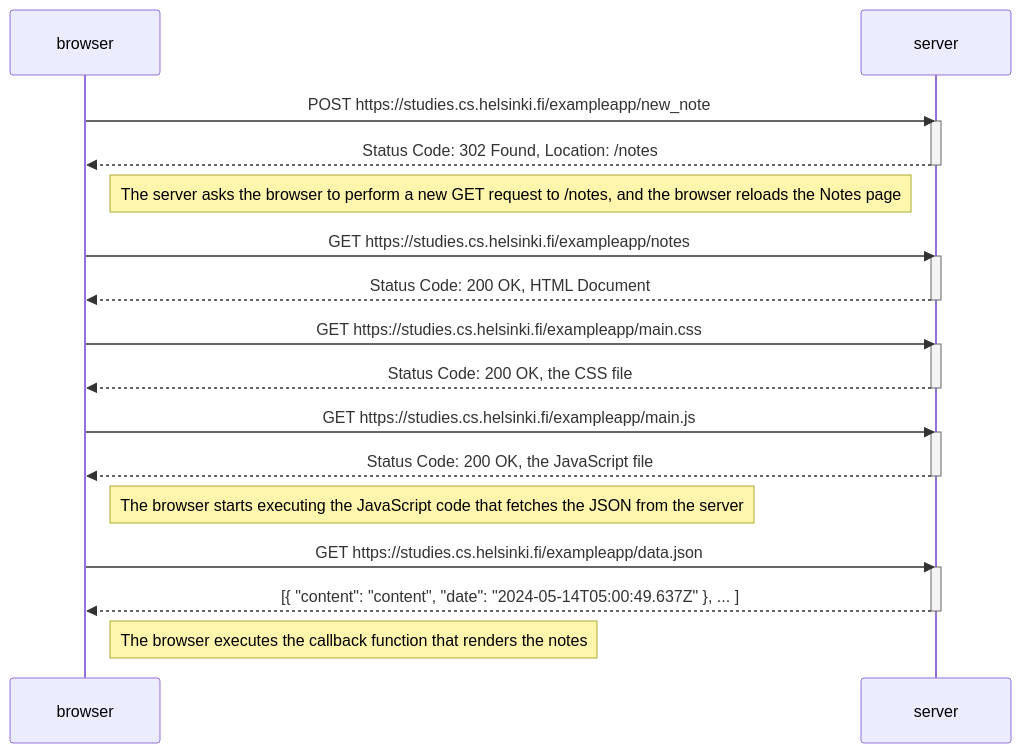
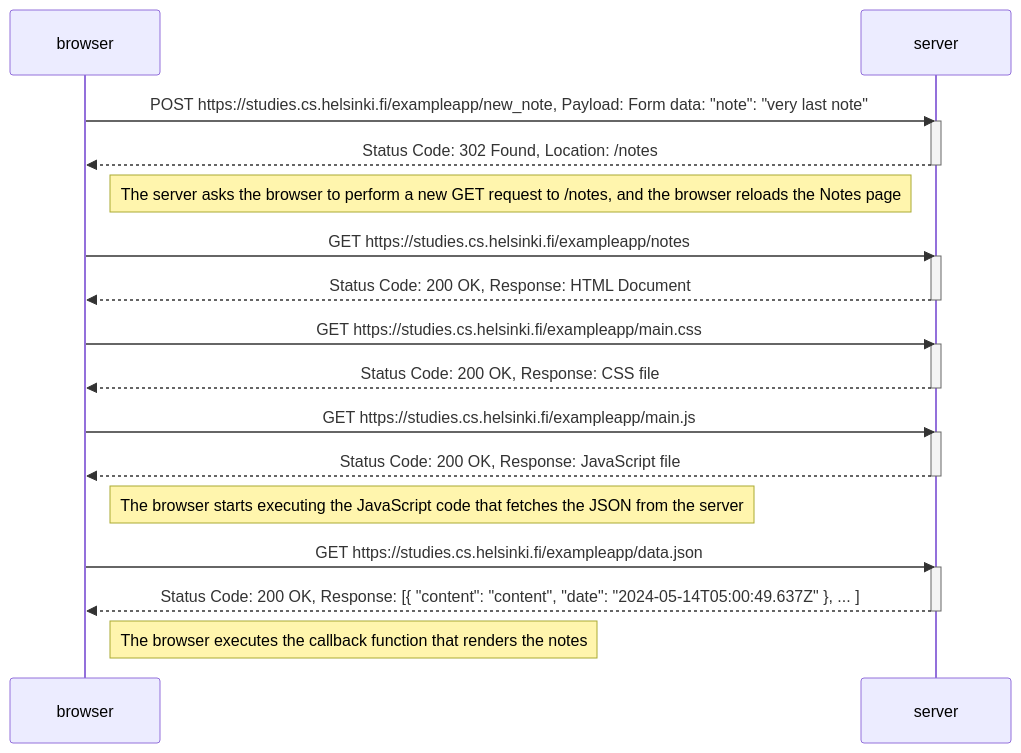
The diagram in part0/04 - New note diagram.mmd (mashazyu/fullstackopen), drawn with Mermaid before and after one commit. The commit also changed 1 other file, not shown here.

Commit message:
fix: add consistency (response, payload)

```diff
--- a/part0/04 - New note diagram.mmd
+++ b/part0/04 - New note diagram.mmd
@@ -1,34 +1,34 @@
 sequenceDiagram
     participant browser
     participant server
 
-    browser->>server: POST https://studies.cs.helsinki.fi/exampleapp/new_note
+    browser->>server: POST https://studies.cs.helsinki.fi/exampleapp/new_note, Payload: Form data: "note": "very last note"
     activate server
     server-->>browser: Status Code: 302 Found, Location: /notes
     deactivate server
 
     Note right of browser: The server asks the browser to perform a new GET request to /notes, and the browser reloads the Notes page
 
     browser->>server: GET https://studies.cs.helsinki.fi/exampleapp/notes
     activate server
-    server-->>browser: Status Code: 200 OK, HTML Document
+    server-->>browser: Status Code: 200 OK, Response: HTML Document
     deactivate server
 
     browser->>server: GET https://studies.cs.helsinki.fi/exampleapp/main.css
     activate server
-    server-->>browser: Status Code: 200 OK, the CSS file
+    server-->>browser: Status Code: 200 OK, Response: CSS file
     deactivate server
 
     browser->>server: GET https://studies.cs.helsinki.fi/exampleapp/main.js
     activate server
-    server-->>browser: Status Code: 200 OK, the JavaScript file
+    server-->>browser: Status Code: 200 OK, Response: JavaScript file
     deactivate server
 
     Note right of browser: The browser starts executing the JavaScript code that fetches the JSON from the server
 
     browser->>server: GET https://studies.cs.helsinki.fi/exampleapp/data.json
     activate server
-    server-->>browser: [{ "content": "content", "date": "2024-05-14T05:00:49.637Z" }, ... ]
+    server-->>browser: Status Code: 200 OK, Response: [{ "content": "content", "date": "2024-05-14T05:00:49.637Z" }, ... ]
     deactivate server
 
     Note right of browser: The browser executes the callback function that renders the notes
```
